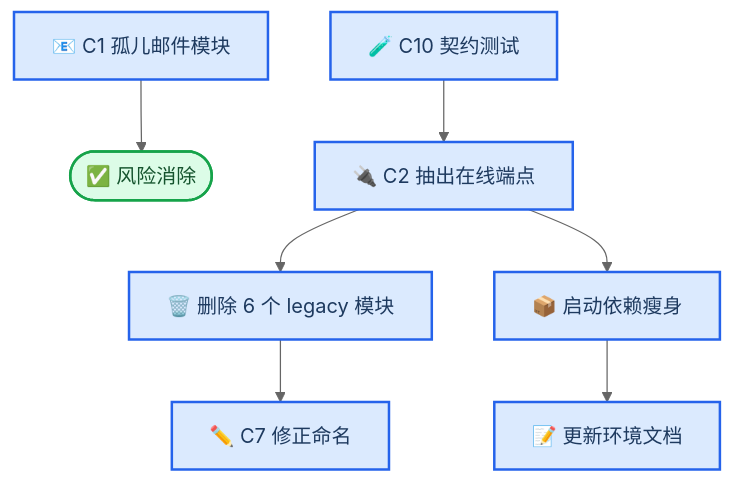
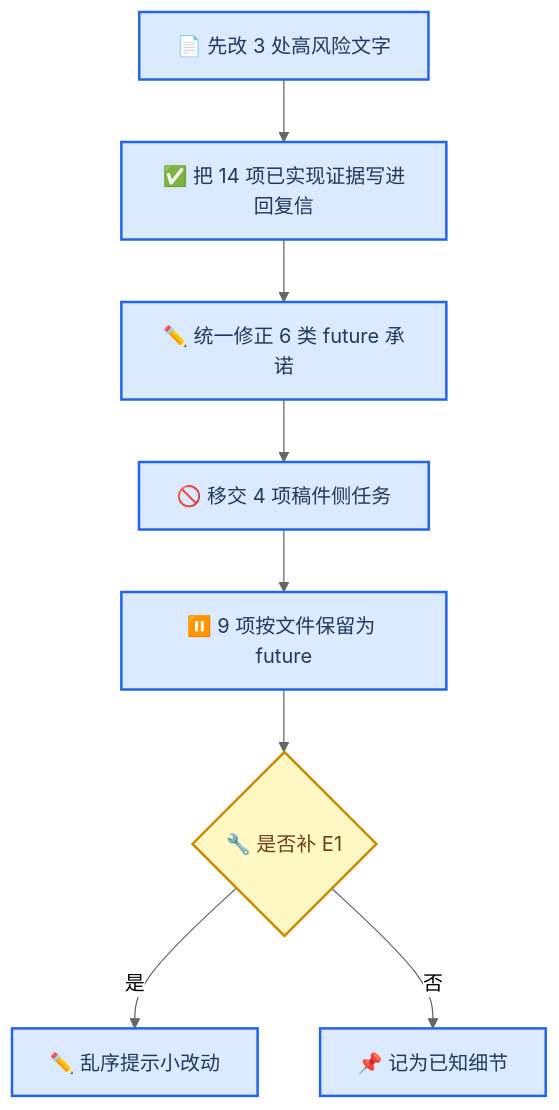
One commit to zhaizhaoyu98/MALER_server changed the second of 2 diagrams in docs/code-tasks.md. Above: the diagram before and after it, drawn with Mermaid (neutral theme). The commit also changed other lines of this file, not shown here.

Commit message:
docs: map reviewer comments to code-side implementation

````diff
--- a/docs/code-tasks.md
+++ b/docs/code-tasks.md
@@ -186,18 +129,19 @@
 ```mermaid
 flowchart TB
-    accTitle: Code Task Dependency Order
-    accDescr: Removing the orphan email module and extracting the live legacy endpoint are independent high-priority items, and only the extraction unblocks deleting dead legacy code and slimming the startup dependencies
+    accTitle: Reviewer Item Triage Order
+    accDescr: Text corrections come first because they are the highest discovery risk, then the sixteen implemented items are turned into response-letter evidence, while deferred items are restated as future work
 
-    c1[📧 C1 孤儿邮件模块] --> done([✅ 风险消除])
-    c2[🔌 C2 抽出在线端点] --> legacy[🗑️ 删除 6 个 legacy 模块]
-    c2 --> slim[📦 启动依赖瘦身]
-    legacy --> c7[✏️ C7 修正命名]
-    slim --> env[📝 更新环境文档]
-    c10[🧪 C10 契约测试] --> c2
+    c[📄 先改 3 处高风险文字] --> ev[✅ 把 14 项已实现证据写进回复信]
+    ev --> fx[✏️ 统一修正 6 类 future 承诺]
+    fx --> non[🚫 移交 4 项稿件侧任务]
+    non --> def[⏸️ 9 项按文件保留为 future]
+    def --> code{🔧 是否补 E1}
+    code -->|是| e1[✏️ 乱序提示小改动]
+    code -->|否| keep[📌 记为已知细节]
 
     classDef process fill:#dbeafe,stroke:#2563eb,stroke-width:2px,color:#1e3a5f
-    classDef success fill:#dcfce7,stroke:#16a34a,stroke-width:2px,color:#14532d
+    classDef decision fill:#fef9c3,stroke:#ca8a04,stroke-width:2px,color:#713f12
 
-    class c1,c2,c10,legacy,slim,c7,env process
-    class done success
+    class c,ev,fx,non,def,e1,keep process
+    class code decision
 ```
````
